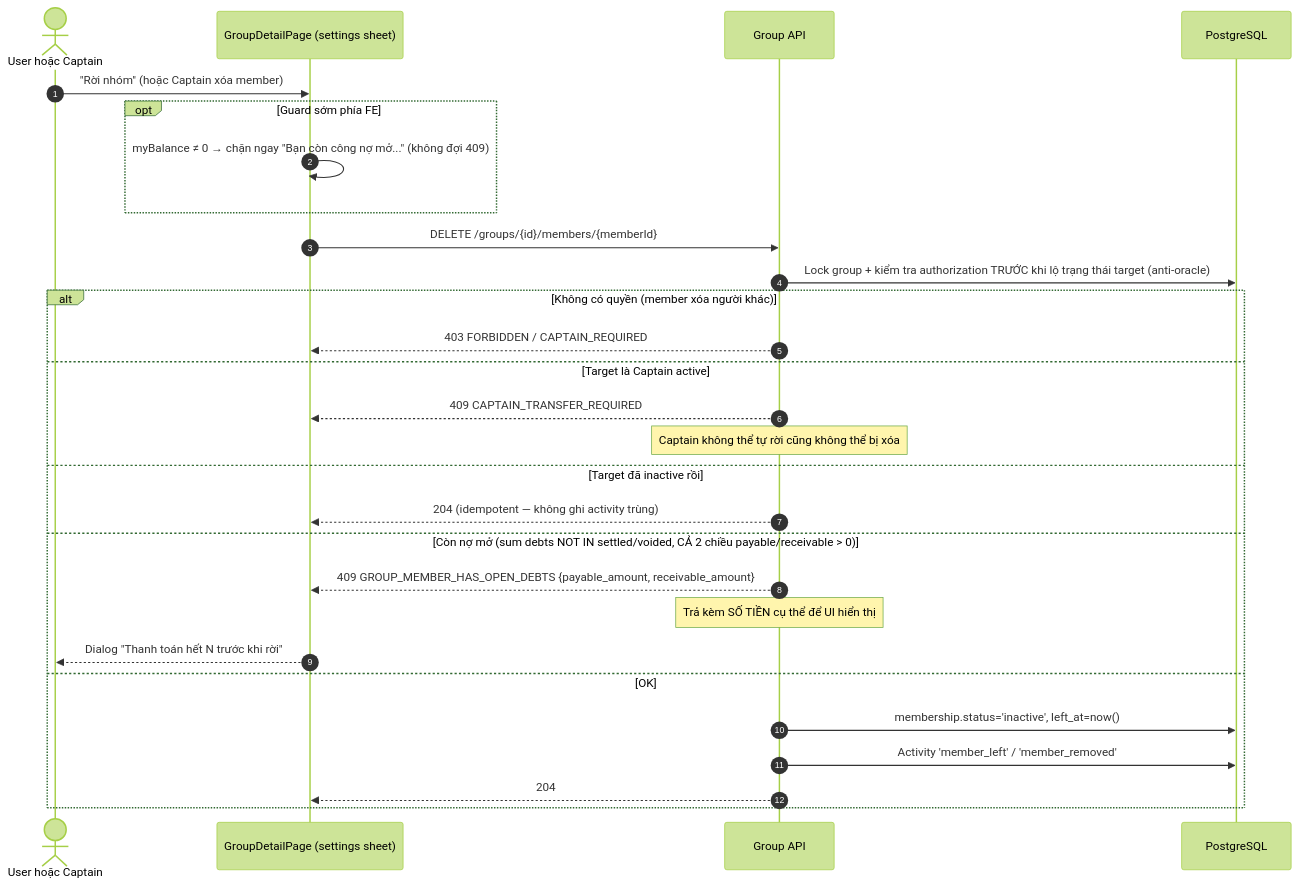
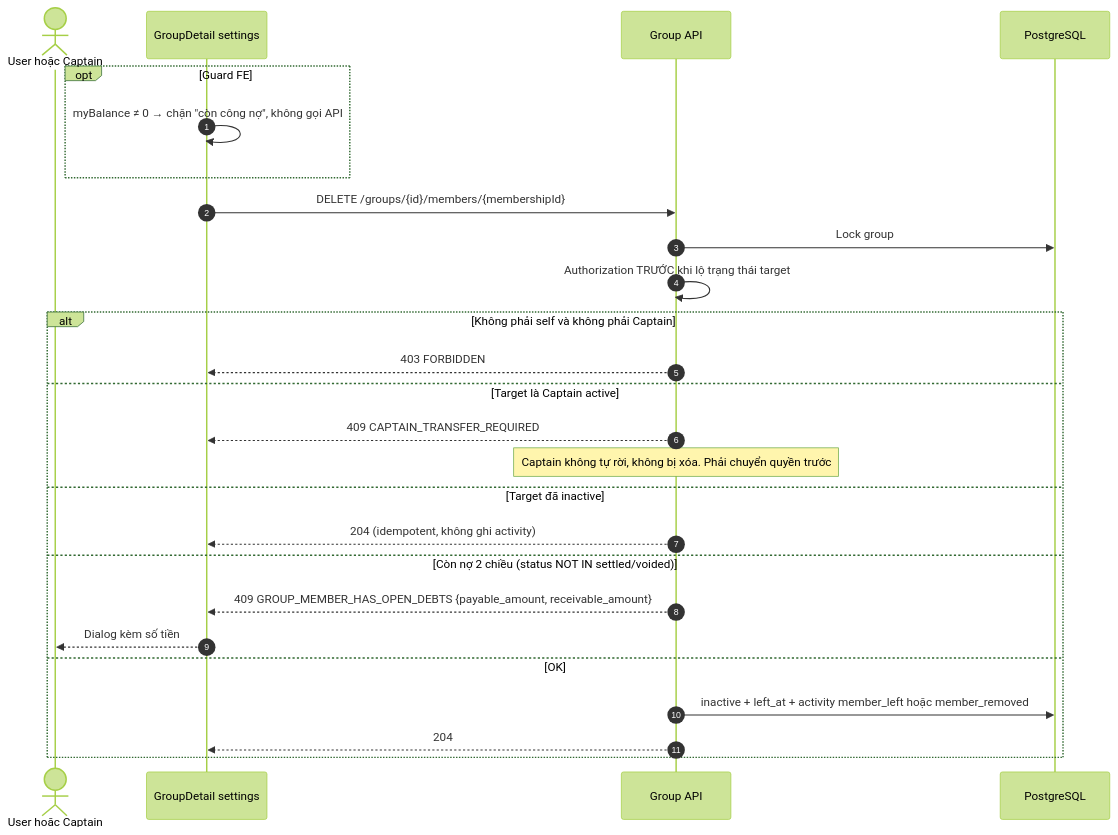
One commit to FintechVSF-Tranning/PaySplit-RP changed the third of 7 diagrams in flow/02-group.md. Above: the diagram before and after it, drawn with Mermaid (forest theme). The commit also changed other lines of this file and 8 other files, not shown here.

````diff
--- a/flow/02-group.md
+++ b/flow/02-group.md
@@ -141,31 +176,29 @@
 ```mermaid
 sequenceDiagram
     autonumber
     actor U as User hoặc Captain
-    participant FE as GroupDetailPage (settings sheet)
+    participant FE as GroupDetail settings
     participant BE as Group API
     participant DB as PostgreSQL
 
-    U->>FE: "Rời nhóm" (hoặc Captain xóa member)
-    opt Guard sớm phía FE
-        FE->>FE: myBalance ≠ 0 → chặn ngay "Bạn còn công nợ mở..." (không đợi 409)
+    opt Guard FE
+        FE->>FE: myBalance ≠ 0 → chặn "còn công nợ", không gọi API
     end
-    FE->>BE: DELETE /groups/{id}/members/{memberId}
-    BE->>DB: Lock group + kiểm tra authorization TRƯỚC khi lộ trạng thái target (anti-oracle)
-    alt Không có quyền (member xóa người khác)
-        BE-->>FE: 403 FORBIDDEN / CAPTAIN_REQUIRED
+    FE->>BE: DELETE /groups/{id}/members/{membershipId}
+    BE->>DB: Lock group
+    BE->>BE: Authorization TRƯỚC khi lộ trạng thái target
+    alt Không phải self và không phải Captain
+        BE-->>FE: 403 FORBIDDEN
     else Target là Captain active
         BE-->>FE: 409 CAPTAIN_TRANSFER_REQUIRED
-        Note over BE: Captain không thể tự rời cũng không thể bị xóa
-    else Target đã inactive rồi
-        BE-->>FE: 204 (idempotent — không ghi activity trùng)
-    else Còn nợ mở (sum debts NOT IN settled/voided, CẢ 2 chiều payable/receivable > 0)
+        Note over BE: Captain không tự rời, không bị xóa. Phải chuyển quyền trước
+    else Target đã inactive
+        BE-->>FE: 204 (idempotent, không ghi activity)
+    else Còn nợ 2 chiều (status NOT IN settled/voided)
         BE-->>FE: 409 GROUP_MEMBER_HAS_OPEN_DEBTS {payable_amount, receivable_amount}
-        Note over BE: Trả kèm SỐ TIỀN cụ thể để UI hiển thị
-        FE-->>U: Dialog "Thanh toán hết N trước khi rời"
+        FE-->>U: Dialog kèm số tiền
     else OK
-        BE->>DB: membership.status='inactive', left_at=now()
-        BE->>DB: Activity 'member_left' / 'member_removed'
+        BE->>DB: inactive + left_at + activity member_left hoặc member_removed
         BE-->>FE: 204
     end
 ```
````
